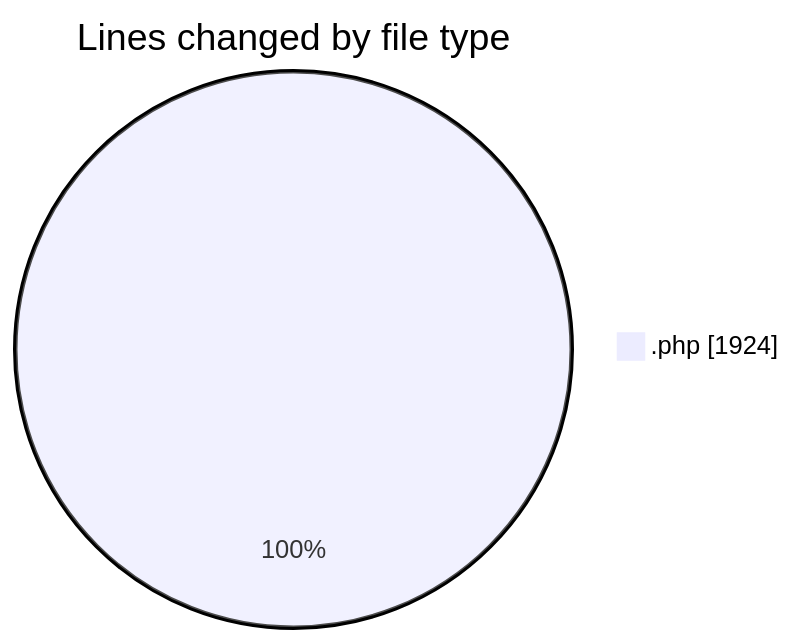
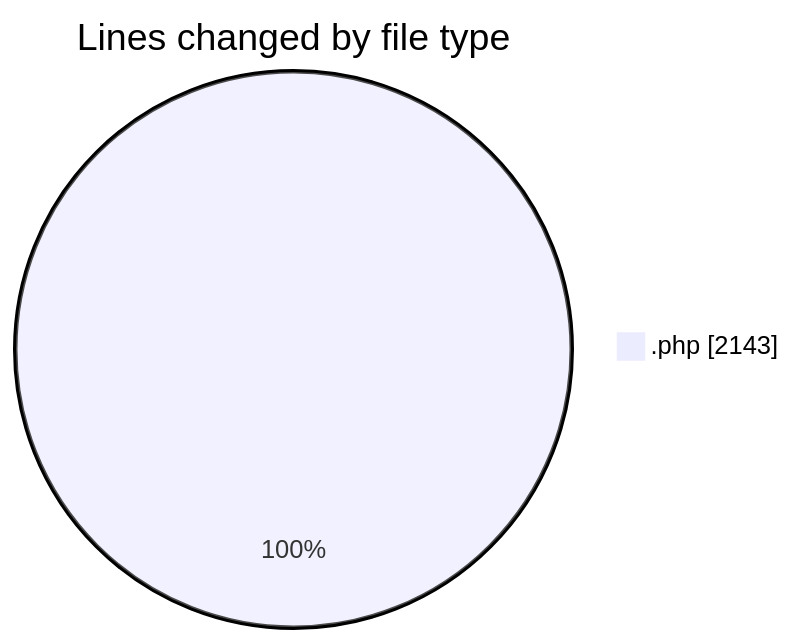
One commit to LanceThiago/code-tracking changed the first of 2 diagrams in 2025-05-12/web/README.md. Above: the diagram before and after it, drawn with Mermaid. The commit also changed other lines of this file and 1 other file, not shown here.

````diff
--- a/2025-05-12/web/README.md
+++ b/2025-05-12/web/README.md
@@ -20,5 +21,5 @@
 ```mermaid
 pie showData
 title Lines changed by file type
-".php" : 1924
+".php" : 2143
 ```
````
